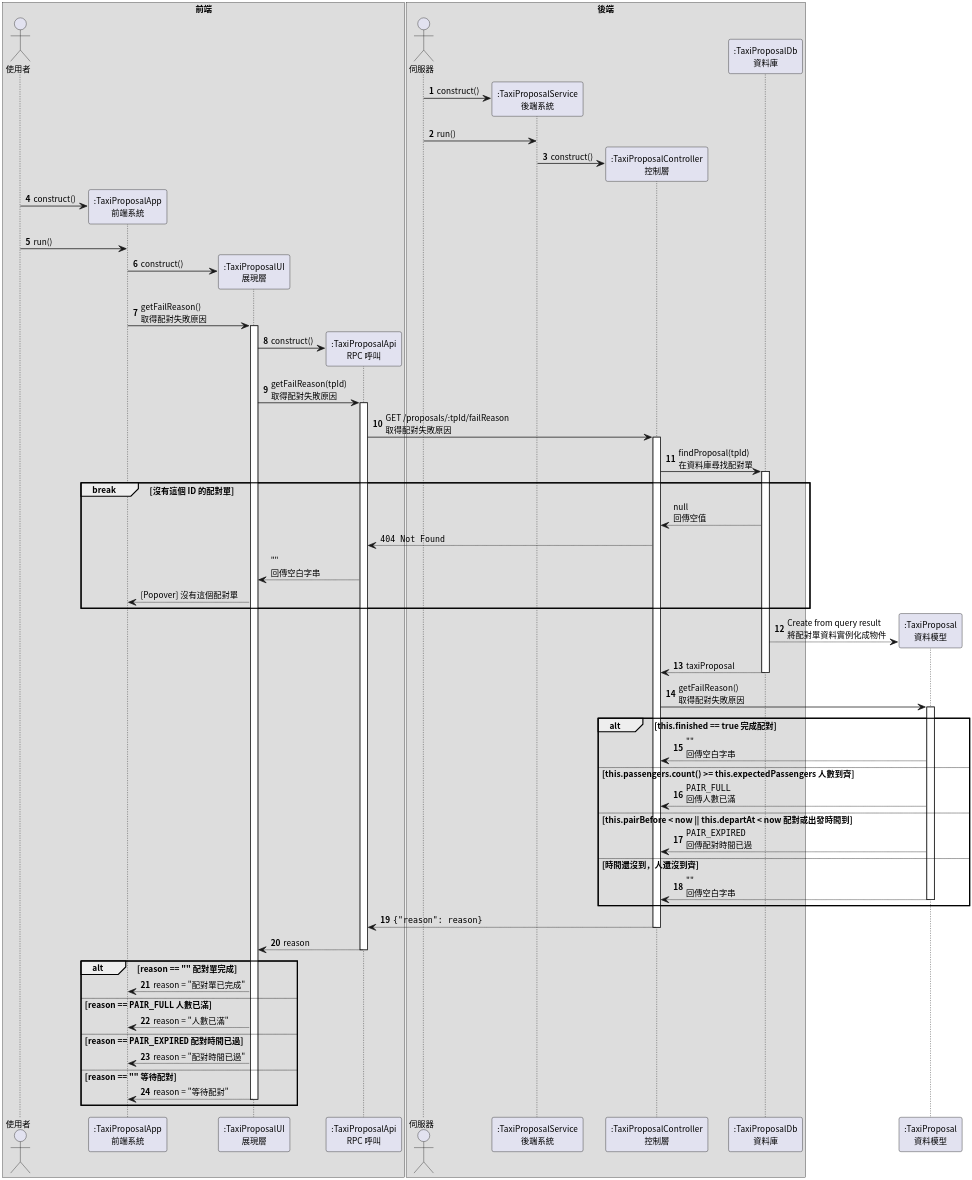
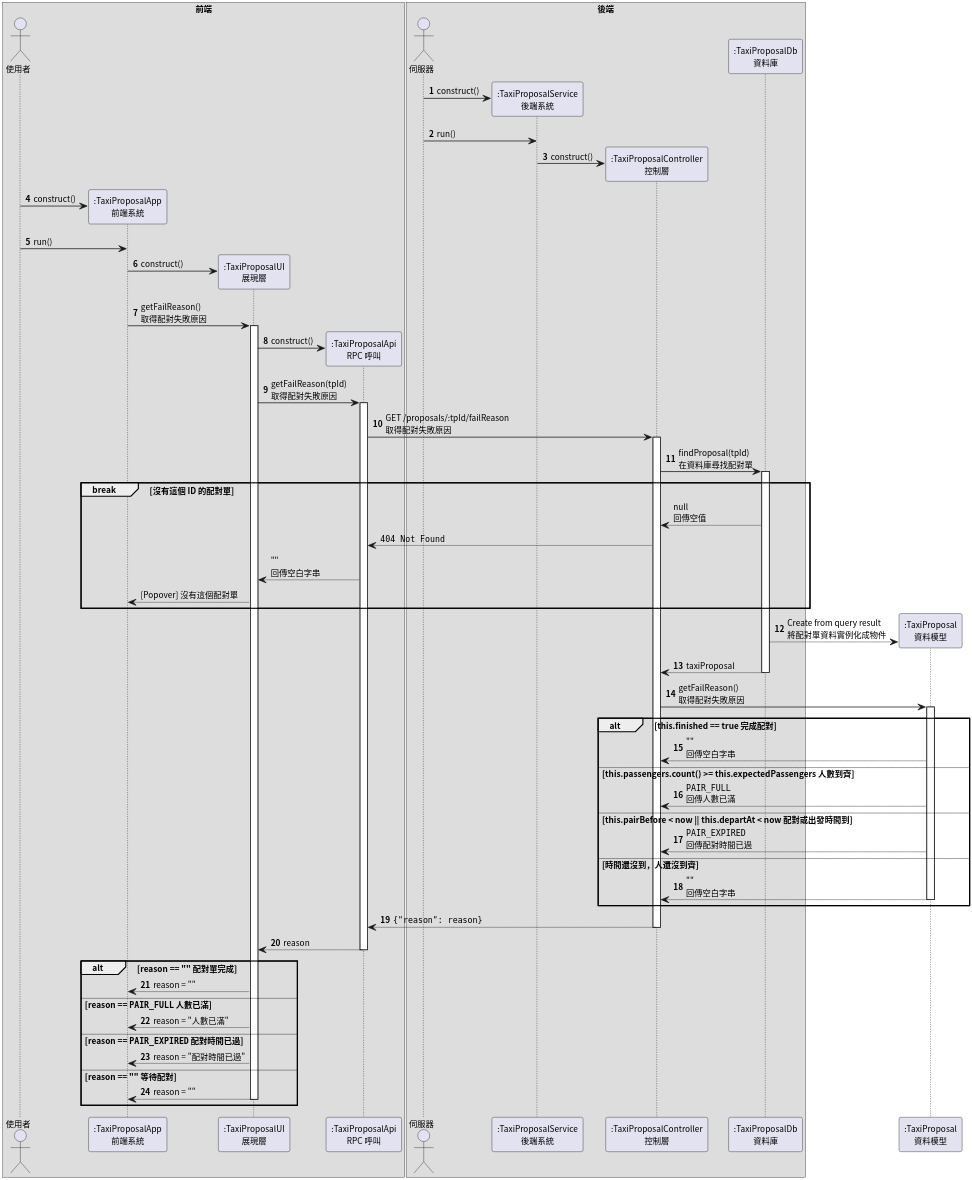
Before and after one commit to pan93412/nkust-homework: the third of 6 diagrams in semester-4/system-analysis/localized/sequence-diagram.plantuml, drawn with PlantUML. The commit also changed 1 other file, not shown here.

Commit message:
s4: system-analysis: Update diagram

```diff
--- a/semester-4/system-analysis/localized/sequence-diagram.plantuml
+++ b/semester-4/system-analysis/localized/sequence-diagram.plantuml
@@ -148,82 +148,82 @@
 @startuml TaxiProposalGetFailReason
 
 autonumber
 skinparam dpi 300
 skinparam linetype ortho
 skinparam defaultFontSize 11
 skinparam defaultFontName "Noto Sans CJK TC"
 
 box 前端
 actor Requester as "使用者"
 
 participant TaxiProposalApp as ":TaxiProposalApp\n前端系統"
 participant TaxiProposalUI as ":TaxiProposalUI\n展現層"
 participant TaxiProposalApi as ":TaxiProposalApi\nRPC 呼叫"
 end box
 
 box 後端
 actor Server as "伺服器"
 
 participant TaxiProposalService as ":TaxiProposalService\n後端系統"
 participant TaxiProposalController as ":TaxiProposalController\n控制層"
 participant TaxiProposal as ":TaxiProposal\n資料模型"
 participant TaxiProposalDb as ":TaxiProposalDb\n資料庫"
 end box
 
 participant TaxiProposal as ":TaxiProposal\n資料模型"
 
 Server -> TaxiProposalService **: construct()
 Server -> TaxiProposalService: run()
 TaxiProposalService -> TaxiProposalController **: construct()
 
 Requester -> TaxiProposalApp **: construct()
 Requester -> TaxiProposalApp: run()
 
 TaxiProposalApp -> TaxiProposalUI **: construct()
 TaxiProposalApp -> TaxiProposalUI ++: getFailReason()\n取得配對失敗原因
 
 TaxiProposalUI -> TaxiProposalApi **: construct()
 TaxiProposalUI -> TaxiProposalApi ++: getFailReason(tpId)\n取得配對失敗原因
 TaxiProposalApi -> TaxiProposalController ++: GET /proposals/:tpId/failReason\n取得配對失敗原因
 
 TaxiProposalController -> TaxiProposalDb ++: findProposal(tpId)\n在資料庫尋找配對單
 
 break 沒有這個 ID 的配對單
     autonumber stop
     TaxiProposalController <-- TaxiProposalDb: null\n回傳空值
     TaxiProposalApi <-- TaxiProposalController: ""404 Not Found""
     TaxiProposalUI <-- TaxiProposalApi: ""\n回傳空白字串
     TaxiProposalApp <-- TaxiProposalUI: [Popover] 沒有這個配對單
 end
 
 autonumber resume
 
 TaxiProposalDb --> TaxiProposal **: Create from query result\n將配對單資料實例化成物件
 return taxiProposal
 
 TaxiProposalController -> TaxiProposal ++: getFailReason()\n取得配對失敗原因
 
 alt this.finished == true 完成配對
     TaxiProposalController <-- TaxiProposal: ""\n回傳空白字串
 else this.passengers.count() >= this.expectedPassengers 人數到齊
     TaxiProposalController <-- TaxiProposal: ""PAIR_FULL""\n回傳人數已滿
 else this.pairBefore < now || this.departAt < now 配對或出發時間到
     TaxiProposalController <-- TaxiProposal: ""PAIR_EXPIRED""\n回傳配對時間已過
 else 時間還沒到，人還沒到齊
     TaxiProposalController <-- TaxiProposal --: ""\n回傳空白字串
 end
 
 return ""{"reason": reason}""
 return reason
 
 alt reason == "" 配對單完成
-    TaxiProposalApp <-- TaxiProposalUI: reason = "配對單已完成"
+    TaxiProposalApp <-- TaxiProposalUI: reason = ""
 else reason == ""PAIR_FULL"" 人數已滿
     TaxiProposalApp <-- TaxiProposalUI: reason = "人數已滿"
 else reason == ""PAIR_EXPIRED"" 配對時間已過
     TaxiProposalApp <-- TaxiProposalUI: reason = "配對時間已過"
 else reason == "" 等待配對
-    TaxiProposalApp <-- TaxiProposalUI --: reason = "等待配對"
+    TaxiProposalApp <-- TaxiProposalUI --: reason = ""
 end
 
 @enduml TaxiProposalGetFailReason
```
